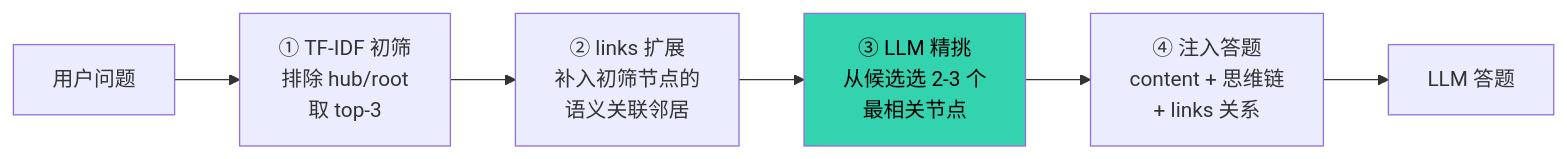
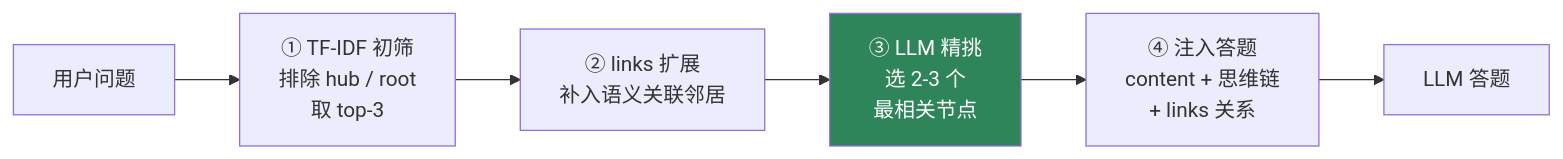
The third of 3 diagrams in README.md (Baixiaodou/comm-knowledge-graph), drawn with Mermaid before and after one commit. The commit also changed other lines of this file, not shown here.

````diff
--- a/README.md
+++ b/README.md
@@ -257,9 +252,9 @@
 ```mermaid
 flowchart LR
-    Q[用户问题] --> A["① TF-IDF 初筛<br/>排除 hub/root<br/>取 top-3"]
-    A --> B["② links 扩展<br/>补入初筛节点的<br/>语义关联邻居"]
-    B --> C["③ LLM 精挑<br/>从候选选 2-3 个<br/>最相关节点"]
+    Q[用户问题] --> A["① TF-IDF 初筛<br/>排除 hub / root<br/>取 top-3"]
+    A --> B["② links 扩展<br/>补入语义关联邻居"]
+    B --> C["③ LLM 精挑<br/>选 2-3 个<br/>最相关节点"]
     C --> D["④ 注入答题<br/>content + 思维链<br/>+ links 关系"]
     D --> E[LLM 答题]
-    style C fill:#34d3b0,color:#000
+    style C fill:#2f855a,color:#fff
 ```
````
